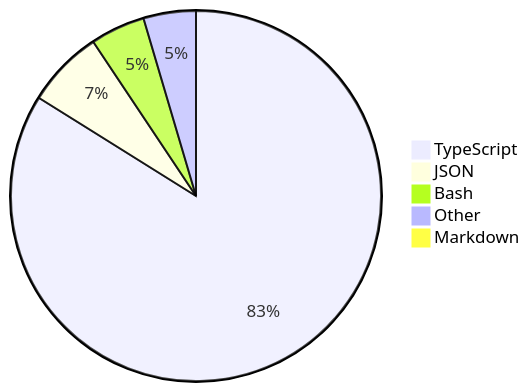
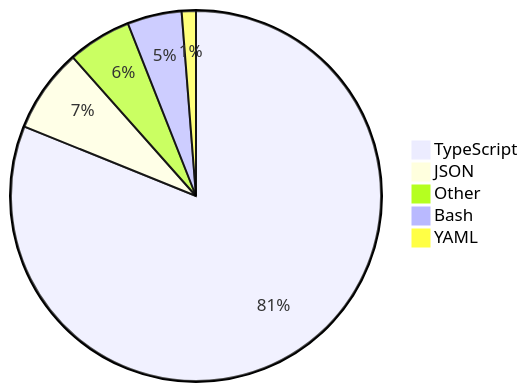
Before and after one commit to skvggor/skvggor: the diagram in README.md, drawn with Mermaid.

Commit message:
Updated waka-readme graph with new metrics

````diff
--- a/README.md
+++ b/README.md
@@ -16,8 +16,8 @@
 ```mermaid
 pie
-    "TypeScript" : 80.7
-    "JSON" : 6.5
+    "TypeScript" : 78.6
+    "JSON" : 7.1
+    "Other" : 5.4
     "Bash" : 4.6
-    "Other" : 4.4
-    "Markdown" : 0.9
+    "YAML" : 1.2
 ```
````
